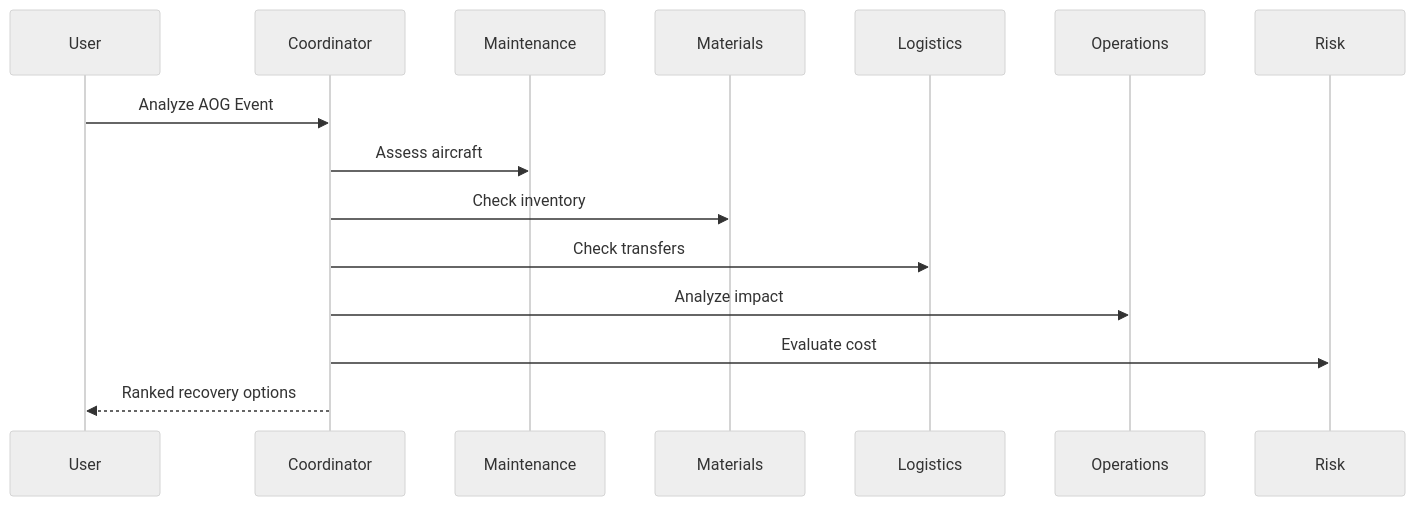
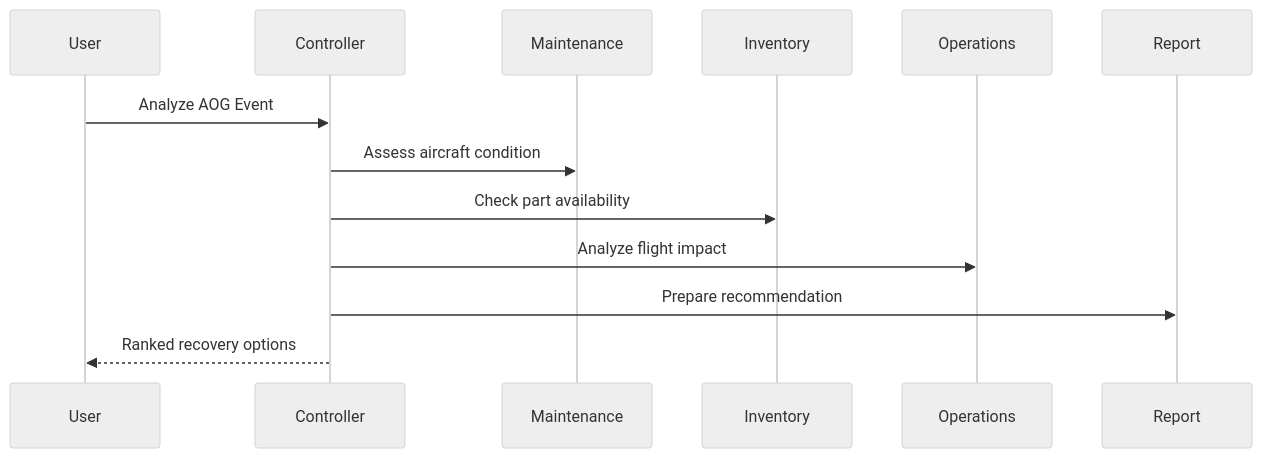
One commit to jguttikonda/fde_us03_cap changed the third of 3 diagrams in propsal.md. Above: the diagram before and after it, drawn with Mermaid (neutral theme). The commit also changed other lines of this file and 1 other file, not shown here.

````diff
--- a/propsal.md
+++ b/propsal.md
@@ -135,10 +152,9 @@
 ```mermaid
 sequenceDiagram
-User->>Coordinator: Analyze AOG Event
-Coordinator->>Maintenance: Assess aircraft
-Coordinator->>Materials: Check inventory
-Coordinator->>Logistics: Check transfers
-Coordinator->>Operations: Analyze impact
-Coordinator->>Risk: Evaluate cost
-Coordinator-->>User: Ranked recovery options
+User->>Controller: Analyze AOG Event
+Controller->>Maintenance: Assess aircraft condition
+Controller->>Inventory: Check part availability
+Controller->>Operations: Analyze flight impact
+Controller->>Report: Prepare recommendation
+Controller-->>User: Ranked recovery options
 ```
````
